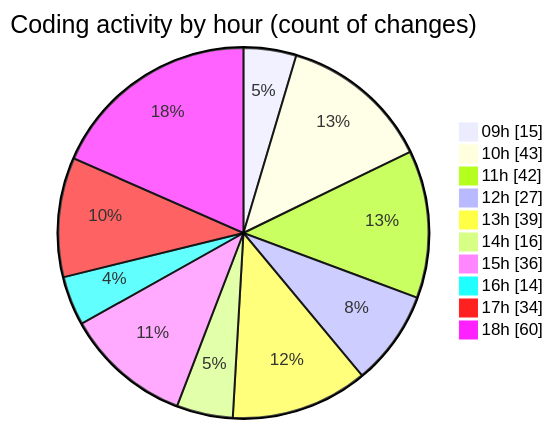
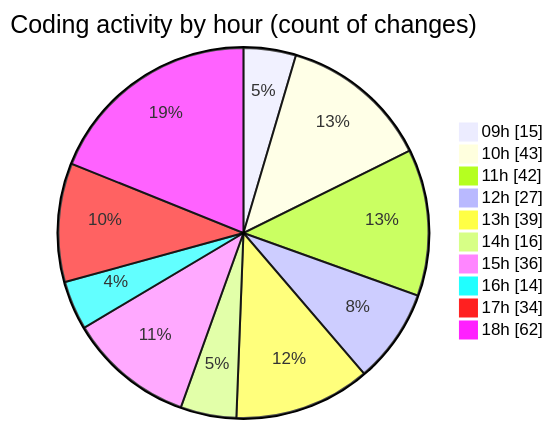
The second of 2 diagrams in 2025-09-30/cda/README.md (momahboobian/code-tracking), drawn with Mermaid before and after one commit. The commit also changed other lines of this file and 1 other file, not shown here.

````diff
--- a/2025-09-30/cda/README.md
+++ b/2025-09-30/cda/README.md
@@ -34,14 +36,14 @@
 ```mermaid
 pie showData
 title Coding activity by hour (count of changes)
 "09h" : 15
 "10h" : 43
 "11h" : 42
 "12h" : 27
 "13h" : 39
 "14h" : 16
 "15h" : 36
 "16h" : 14
 "17h" : 34
-"18h" : 60
+"18h" : 62
 ```
````
